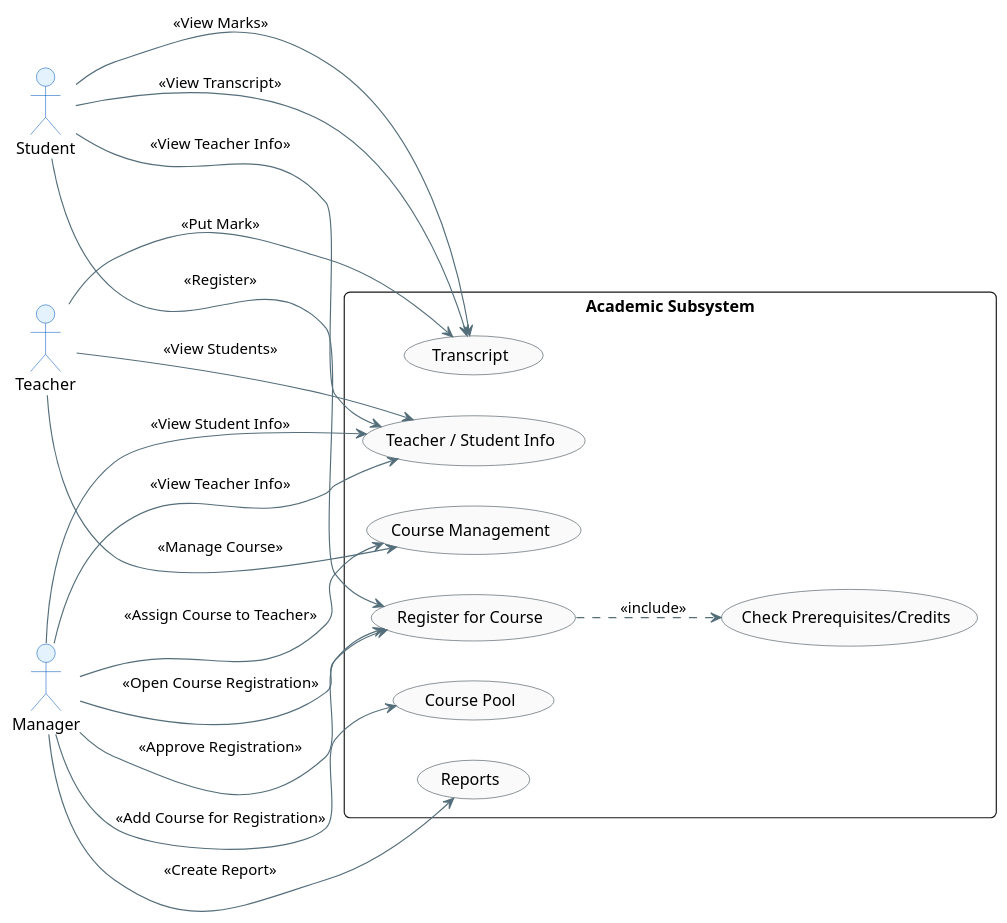
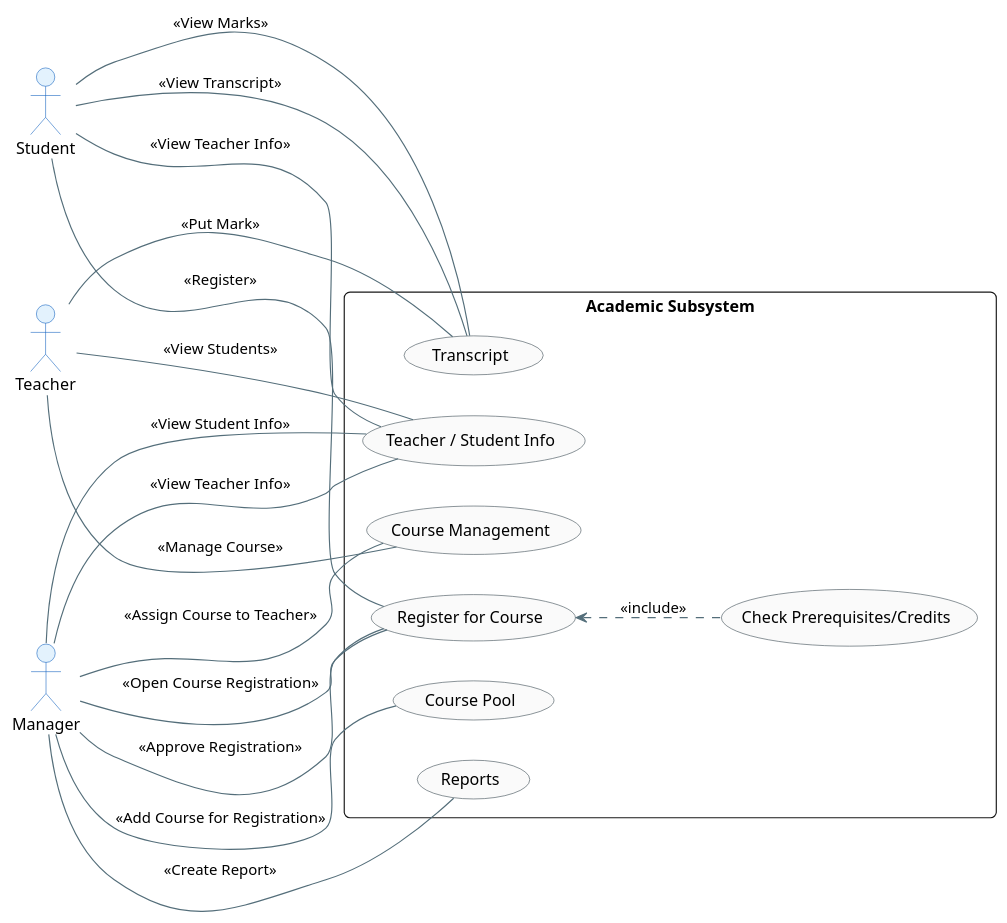
The diagram in PartA/useCaseDiagrams/academicManagement.puml (ofeerist/uni-crm-oop), drawn with PlantUML before and after one commit. The commit also changed 4 other files, not shown here.

```diff
--- a/PartA/useCaseDiagrams/academicManagement.puml
+++ b/PartA/useCaseDiagrams/academicManagement.puml
@@ -1,51 +1,51 @@
 @startuml
 skinparam theme plain
 skinparam packageStyle rectangle
 skinparam roundcorner 10
 skinparam shadowing false
 skinparam defaultFontName "Segoe UI"
 
 skinparam actor {
     BackgroundColor #E3F2FD
     BorderColor #1565C0
 }
 skinparam usecase {
     BackgroundColor #FAFAFA
     BorderColor #37474F
     ArrowColor #546E7A
 }
 
 left to right direction
 
 actor "Student" as S
 actor "Teacher" as T
 actor "Manager" as M
 
 rectangle "Academic Subsystem" {
     usecase "Register for Course" as Register
     usecase "Check Prerequisites/Credits" as CheckCredits
     usecase "Transcript" as Transcript
     usecase "Course Management" as CourseMgmt
     usecase "Course Pool" as CoursePool
     usecase "Teacher / Student Info" as Info
     usecase "Reports" as Reports
 
-    M --> Register : <<Open Course Registration>>
-    M --> Register : <<Approve Registration>>
-    M --> CoursePool : <<Add Course for Registration>>
-    M --> CourseMgmt : <<Assign Course to Teacher>>
-    M --> Reports : <<Create Report>>
-    M --> Info : <<View Student Info>>
-    M --> Info : <<View Teacher Info>>
+    M -- Register : <<Open Course Registration>>
+    M -- Register : <<Approve Registration>>
+    M -- CoursePool : <<Add Course for Registration>>
+    M -- CourseMgmt : <<Assign Course to Teacher>>
+    M -- Reports : <<Create Report>>
+    M -- Info : <<View Student Info>>
+    M -- Info : <<View Teacher Info>>
 
-    S --> Register : <<Register>>
-    Register ..> CheckCredits : <<include>>
-    S --> Transcript : <<View Transcript>>
-    S --> Transcript : <<View Marks>>
-    S --> Info : <<View Teacher Info>>
+    S -- Register : <<Register>>
+    Register <.. CheckCredits : <<include>>
+    S -- Transcript : <<View Transcript>>
+    S -- Transcript : <<View Marks>>
+    S -- Info : <<View Teacher Info>>
 
-    T --> Transcript : <<Put Mark>>
-    T --> CourseMgmt : <<Manage Course>>
-    T --> Info : <<View Students>>
+    T -- Transcript : <<Put Mark>>
+    T -- CourseMgmt : <<Manage Course>>
+    T -- Info : <<View Students>>
 }
 @enduml
```
